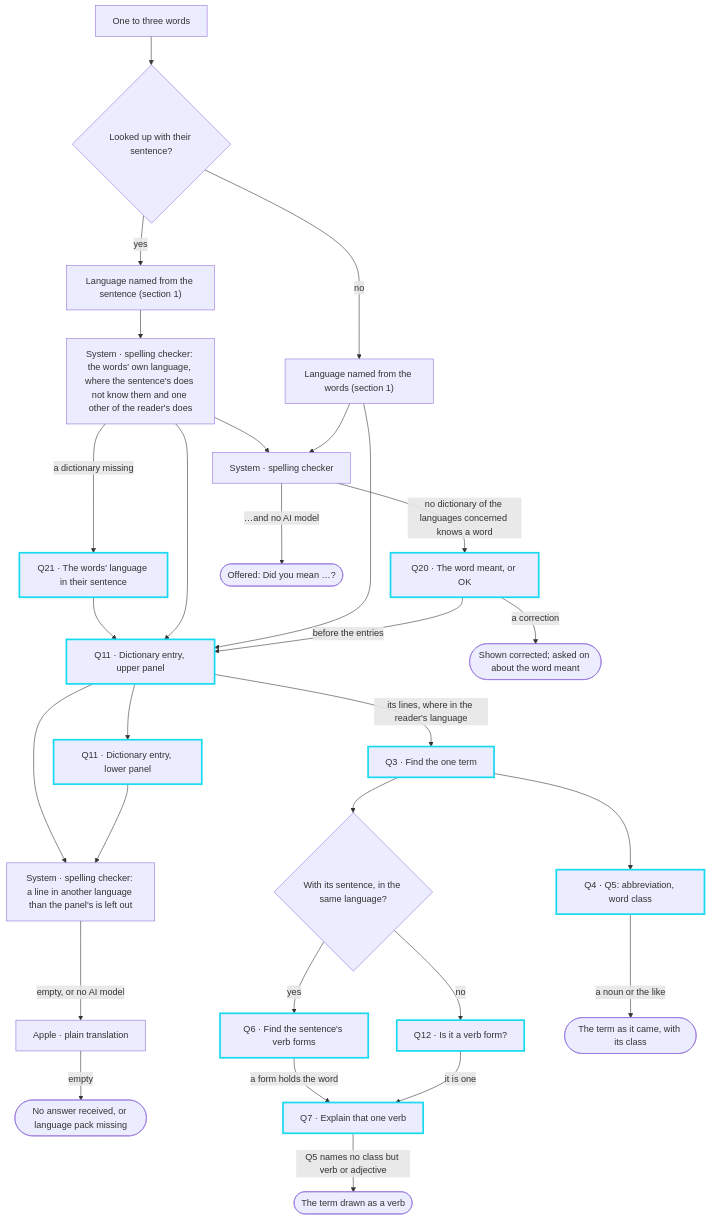
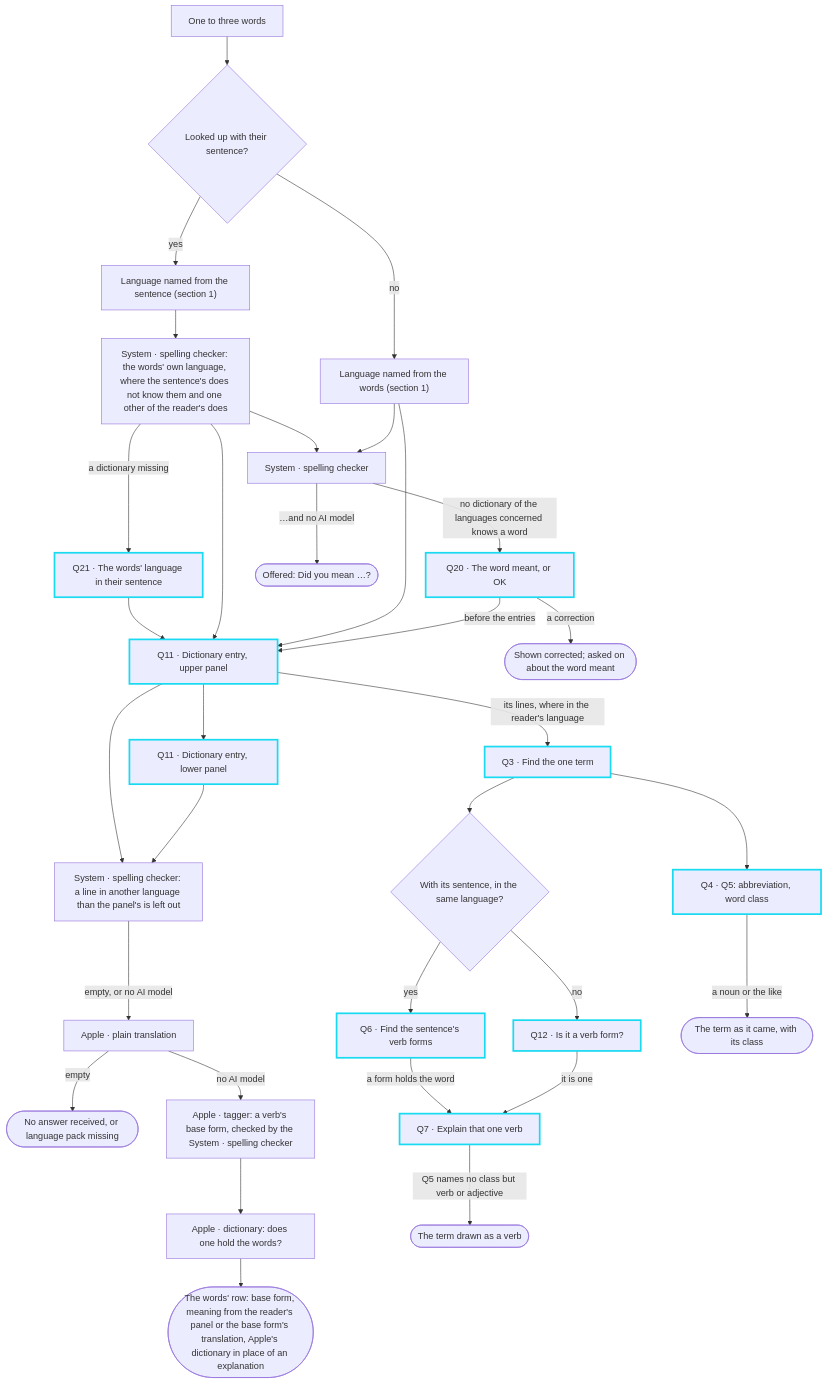
Before and after one commit to mdd335/triglosa: the fifth of 8 diagrams in docs/behind-a-translation.md, drawn with Mermaid. The commit also changed other lines of this file and 118 other files, not shown here.

````diff
--- a/docs/behind-a-translation.md
+++ b/docs/behind-a-translation.md
@@ -161,36 +171,39 @@
 ```mermaid
 flowchart TD
   W["One to three words"] --> S{"Looked up with their sentence?"}
   S -->|yes| LS["Language named from the sentence (section 1)"]
   S -->|no| LW["Language named from the words (section 1)"]
   LS --> WL["System · spelling checker: the words' own language, where the sentence's does not know them and one other of the reader's does"]
   WL -->|"a dictionary missing"| Q21["Q21 · The words' language in their sentence"]
   Q21 --> Q11
   WL --> Q11
   LW --> Q11["Q11 · Dictionary entry, upper panel"]
   WL --> SP
   LW --> SP["System · spelling checker"]
   SP -->|"no dictionary of the languages concerned knows a word"| Q20["Q20 · The word meant, or OK"]
   Q20 -->|"before the entries"| Q11
   SP -->|"…and no AI model"| OFFER(["Offered: Did you mean …?"])
   Q20 -->|"a correction"| MEANT(["Shown corrected; asked on about the word meant"])
   Q11 --> Q11B["Q11 · Dictionary entry, lower panel"]
   Q11 -->|"its lines, where in the reader's language"| Q3S["Q3 · Find the one term"]
   Q11 --> WR["System · spelling checker: a line in another language than the panel's is left out"]
   Q11B --> WR
 
   WR -->|"empty, or no AI model"| APS["Apple · plain translation"]
   APS -->|empty| NAS(["No answer received, or language pack missing"])
+  APS -->|"no AI model"| TAG["Apple · tagger: a verb's base form, checked by the System · spelling checker"]
+  TAG --> DIC["Apple · dictionary: does one hold the words?"]
+  DIC --> DROW(["The words' row: base form, meaning from the reader's panel or the base form's translation, Apple's dictionary in place of an explanation"])
 
   Q3S --> Q45["Q4 · Q5: abbreviation, word class"]
   Q3S --> VB{"With its sentence, in the same language?"}
   VB -->|yes| Q6S["Q6 · Find the sentence's verb forms"]
   VB -->|no| Q12["Q12 · Is it a verb form?"]
   Q6S -->|"a form holds the word"| Q7S["Q7 · Explain that one verb"]
   Q12 -->|"it is one"| Q7S
   Q7S -->|"Q5 names no class but verb or adjective"| ROW(["The term drawn as a verb"])
   Q45 -->|"a noun or the like"| KEEP(["The term as it came, with its class"])
 
   classDef model stroke:#18daf1,stroke-width:3px
   class Q11,Q11B,Q3S,Q45,Q6S,Q12,Q7S,Q20,Q21 model
 ```
````
